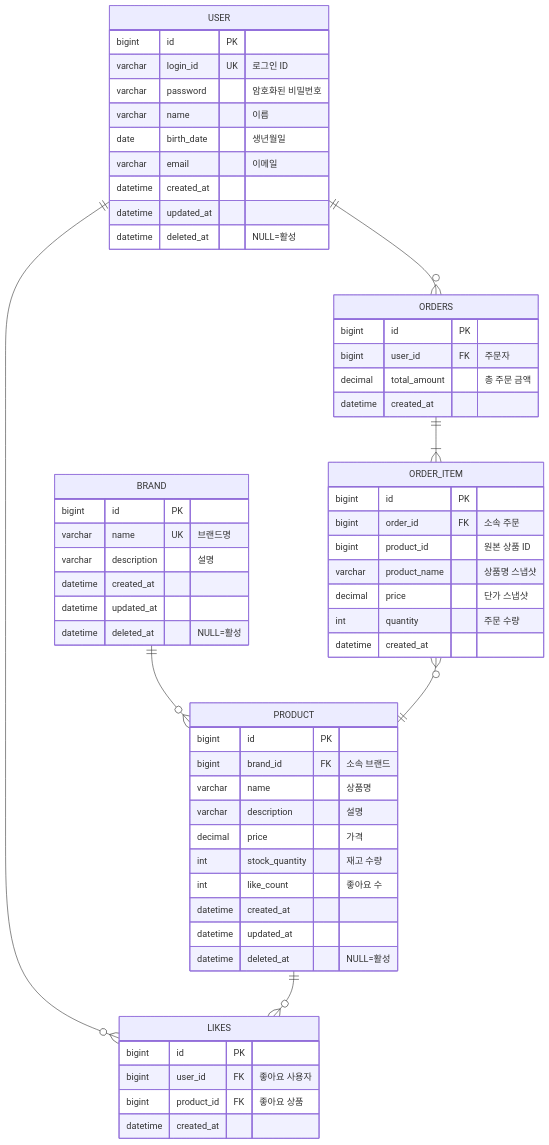
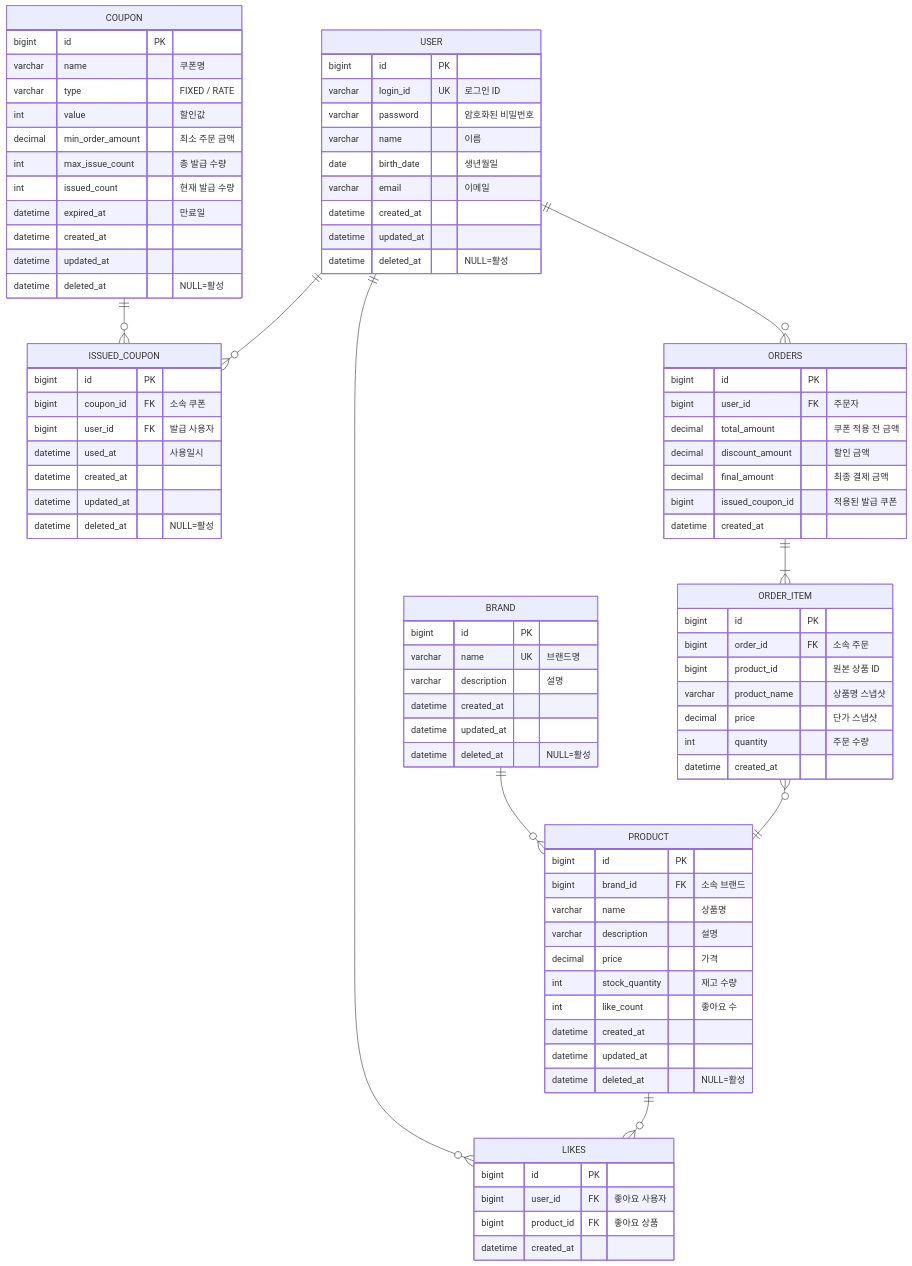
One commit to Loopers-dev-lab/loop-pack-be-l2-vol3-java changed the diagram in docs/design/erd.md. Above: the diagram before and after it, drawn with Mermaid. The commit also changed other lines of this file and 18 other files, not shown here.

```diff
--- a/docs/design/erd.md
+++ b/docs/design/erd.md
@@ -48,10 +48,37 @@
         datetime created_at
     }
 
+    COUPON {
+        bigint id PK
+        varchar name "쿠폰명"
+        varchar type "FIXED / RATE"
+        int value "할인값"
+        decimal min_order_amount "최소 주문 금액"
+        int max_issue_count "총 발급 수량"
+        int issued_count "현재 발급 수량"
+        datetime expired_at "만료일"
+        datetime created_at
+        datetime updated_at
+        datetime deleted_at "NULL=활성"
+    }
+
+    ISSUED_COUPON {
+        bigint id PK
+        bigint coupon_id FK "소속 쿠폰"
+        bigint user_id FK "발급 사용자"
+        datetime used_at "사용일시"
+        datetime created_at
+        datetime updated_at
+        datetime deleted_at "NULL=활성"
+    }
+
     ORDERS {
         bigint id PK
         bigint user_id FK "주문자"
-        decimal total_amount "총 주문 금액"
+        decimal total_amount "쿠폰 적용 전 금액"
+        decimal discount_amount "할인 금액"
+        decimal final_amount "최종 결제 금액"
+        bigint issued_coupon_id "적용된 발급 쿠폰"
         datetime created_at
     }
 
@@ -68,6 +95,8 @@
     BRAND ||--o{ PRODUCT : ""
     USER ||--o{ LIKES : ""
     PRODUCT ||--o{ LIKES : ""
+    COUPON ||--o{ ISSUED_COUPON : ""
+    USER ||--o{ ISSUED_COUPON : ""
     USER ||--o{ ORDERS : ""
     ORDERS ||--|{ ORDER_ITEM : ""
     ORDER_ITEM }o--|| PRODUCT : ""
```
